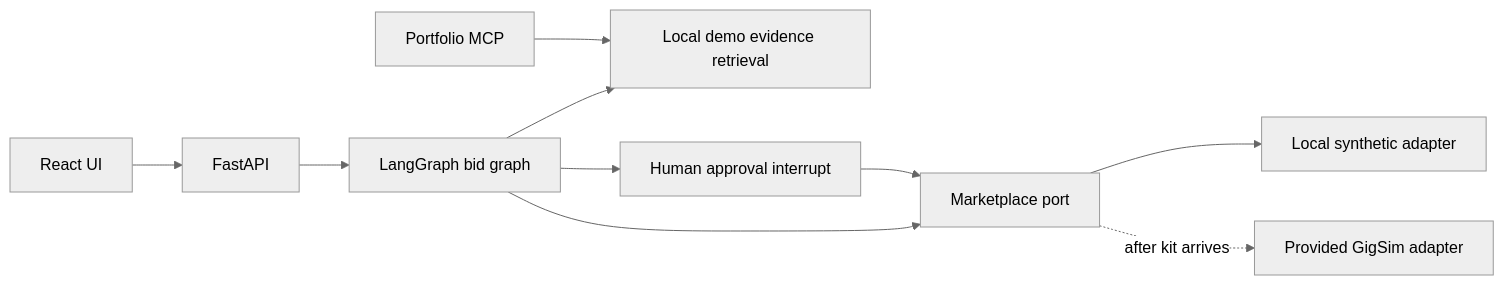
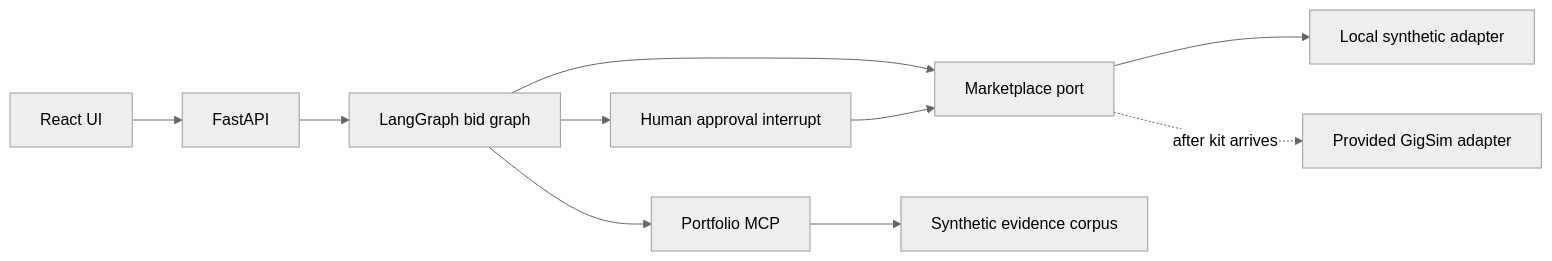
Before and after one commit to FazalZamanKhan/gigbid: the diagram in docs/ARCHITECTURE.md, drawn with Mermaid (neutral theme). The commit also changed other lines of this file and 22 other files, not shown here.

Commit message:
Add MCP-backed demo retrieval, reviewer auth, and Postgres stack

````diff
--- a/docs/ARCHITECTURE.md
+++ b/docs/ARCHITECTURE.md
@@ -3,12 +3,12 @@
 ```mermaid
 flowchart LR
     Web[React UI] --> API[FastAPI]
     API --> Bid[LangGraph bid graph]
     Bid --> Port[Marketplace port]
     Port --> Demo[Local synthetic adapter]
     Port -. after kit arrives .-> GigSim[Provided GigSim adapter]
-    Bid --> Retrieval[Local demo evidence retrieval]
-    Portfolio[Portfolio MCP] --> Retrieval
+    Bid --> Portfolio[Portfolio MCP]
+    Portfolio --> Retrieval[Synthetic evidence corpus]
     Bid --> Gate[Human approval interrupt]
     Gate --> Port
 ```
````
